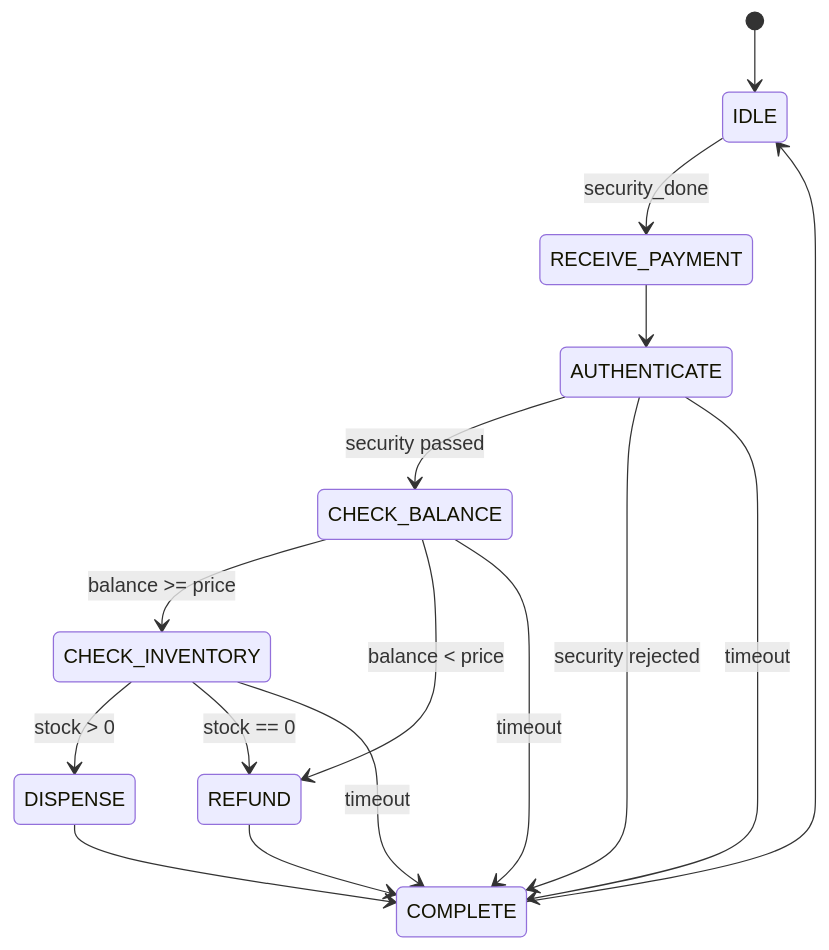
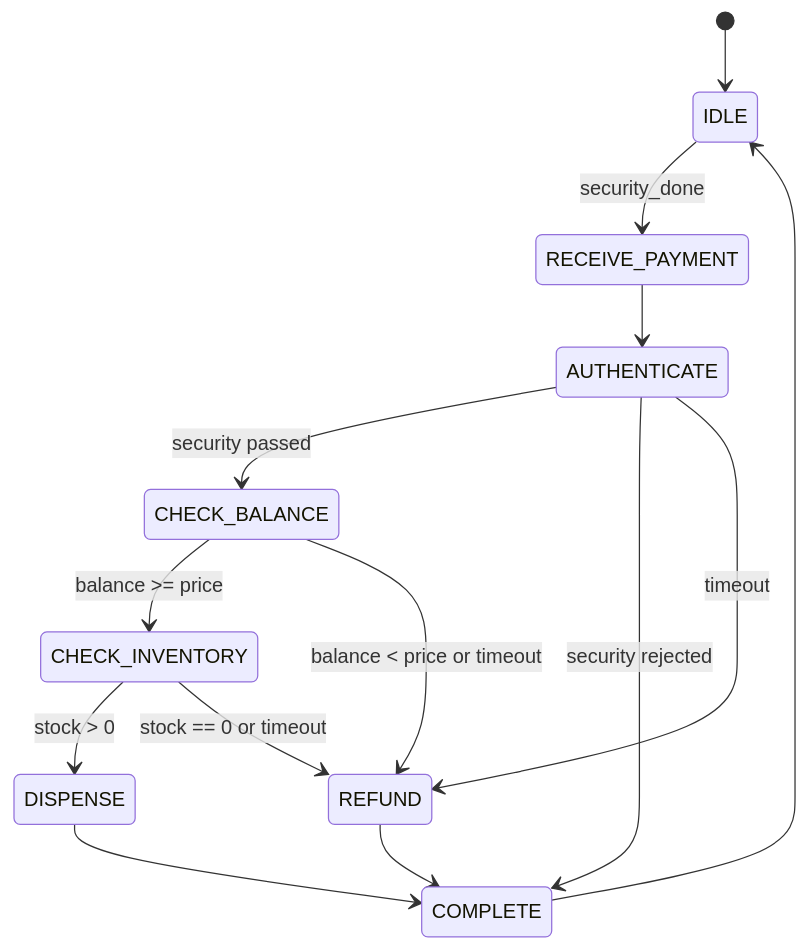
One commit to partialHuman/Secure-Vending-Machine-Controller changed the second of 2 diagrams in docs/Architecture.md. Above: the diagram before and after it, drawn with Mermaid. The commit also changed other lines of this file and 27 other files, not shown here.

````diff
--- a/docs/Architecture.md
+++ b/docs/Architecture.md
@@ -41,18 +41,16 @@
 ```mermaid
 stateDiagram-v2
     [*] --> IDLE
     IDLE --> RECEIVE_PAYMENT: security_done
     RECEIVE_PAYMENT --> AUTHENTICATE
     AUTHENTICATE --> CHECK_BALANCE: security passed
     AUTHENTICATE --> COMPLETE: security rejected
+    AUTHENTICATE --> REFUND: timeout
     CHECK_BALANCE --> CHECK_INVENTORY: balance >= price
-    CHECK_BALANCE --> REFUND: balance < price
+    CHECK_BALANCE --> REFUND: balance < price or timeout
     CHECK_INVENTORY --> DISPENSE: stock > 0
-    CHECK_INVENTORY --> REFUND: stock == 0
+    CHECK_INVENTORY --> REFUND: stock == 0 or timeout
     DISPENSE --> COMPLETE
     REFUND --> COMPLETE
     COMPLETE --> IDLE
-    AUTHENTICATE --> COMPLETE: timeout
-    CHECK_BALANCE --> COMPLETE: timeout
-    CHECK_INVENTORY --> COMPLETE: timeout
 ```
````
